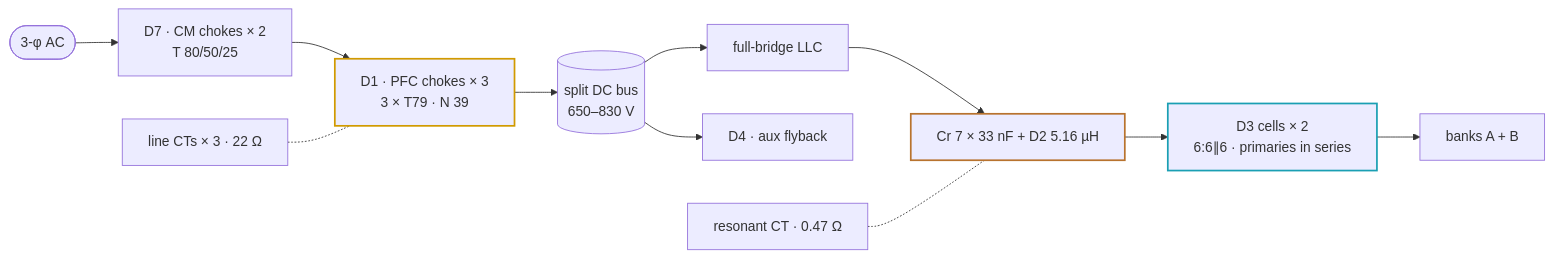
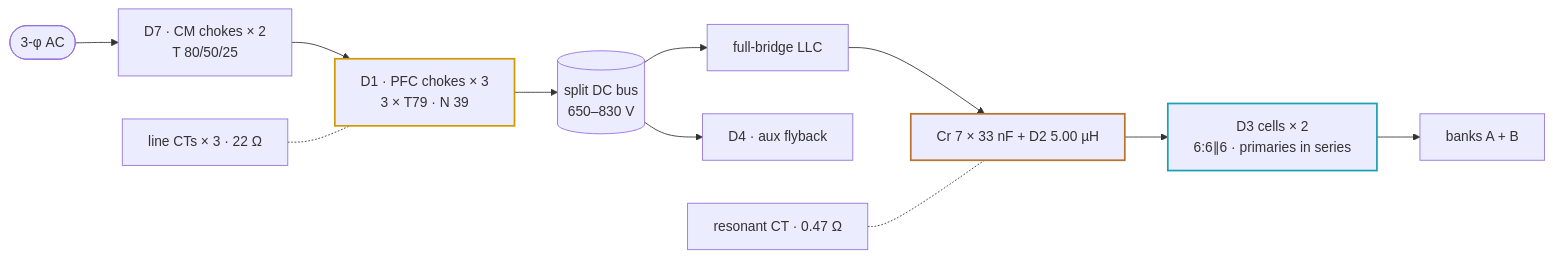
The diagram in docs/magnetics-30kw.md (vectivolt/DC-Modules), drawn with Mermaid before and after one commit. The commit also changed other lines of this file and 338 other files, not shown here.

````diff
--- a/docs/magnetics-30kw.md
+++ b/docs/magnetics-30kw.md
@@ -35,12 +35,12 @@
 ```mermaid
 flowchart LR
   AC(["3-φ AC"]) --> D7["D7 · CM chokes × 2<br/>T 80/50/25"] --> D1["D1 · PFC chokes × 3<br/>3 × T79 · N 39"]
   D1 --> BUS[("split DC bus<br/>650–830 V")]
-  BUS --> FB["full-bridge LLC"] --> TANK["Cr 7 × 33 nF + D2 5.16 µH"] --> D3["D3 cells × 2<br/>6:6∥6 · primaries in series"] --> BK["banks A + B"]
+  BUS --> FB["full-bridge LLC"] --> TANK["Cr 7 × 33 nF + D2 5.00 µH"] --> D3["D3 cells × 2<br/>6:6∥6 · primaries in series"] --> BK["banks A + B"]
   BUS --> D4["D4 · aux flyback"]
   LCT["line CTs × 3 · 22 Ω"] -.- D1
   RCT["resonant CT · 0.47 Ω"] -.- TANK
   style D1 stroke:#d19a00,stroke-width:2px
   style D3 stroke:#1a9fb3,stroke-width:2px
   style TANK stroke:#b8732e,stroke-width:2px
 ```
````
